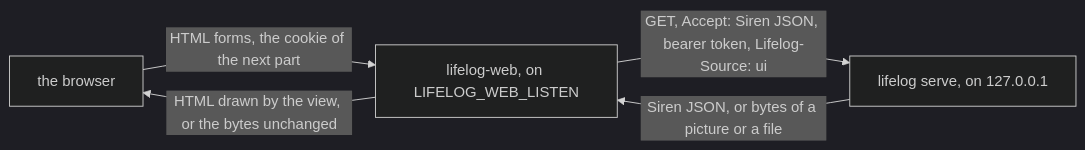
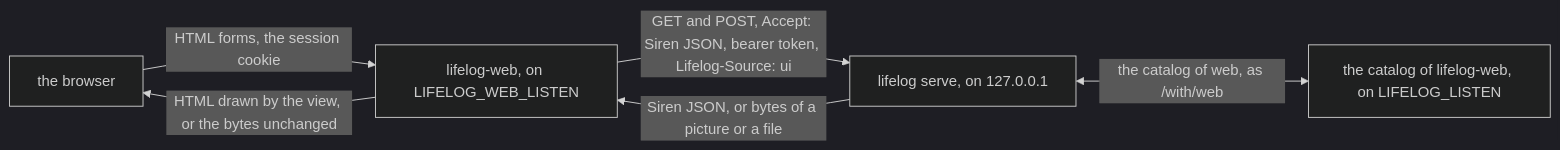
The first of 3 diagrams in extensions/web/README.md (alexradunet/aminte), drawn with Mermaid (dark theme) before and after one commit. The commit also changed other lines of this file and 35 other files, not shown here.

````diff
--- a/extensions/web/README.md
+++ b/extensions/web/README.md
@@ -11,7 +12,8 @@
 ```mermaid
 flowchart LR
-  B["the browser"] -->|"HTML forms, the cookie of the next part"| W["lifelog-web, on LIFELOG_WEB_LISTEN"]
-  W -->|"GET, Accept: Siren JSON, bearer token, Lifelog-Source: ui"| C["lifelog serve, on 127.0.0.1"]
+  B["the browser"] -->|"HTML forms, the session cookie"| W["lifelog-web, on LIFELOG_WEB_LISTEN"]
+  W -->|"GET and POST, Accept: Siren JSON, bearer token, Lifelog-Source: ui"| C["lifelog serve, on 127.0.0.1"]
   C -->|"Siren JSON, or bytes of a picture or a file"| W
   W -->|"HTML drawn by the view, or the bytes unchanged"| B
+  C <-->|"the catalog of web, as /with/web"| A["the catalog of lifelog-web, on LIFELOG_LISTEN"]
 ```
````
